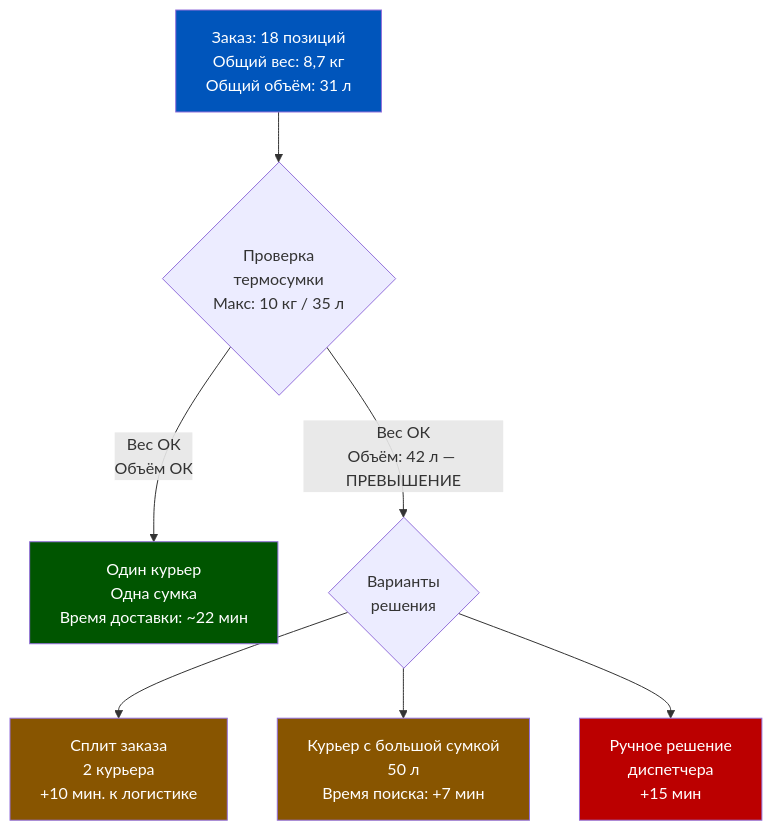
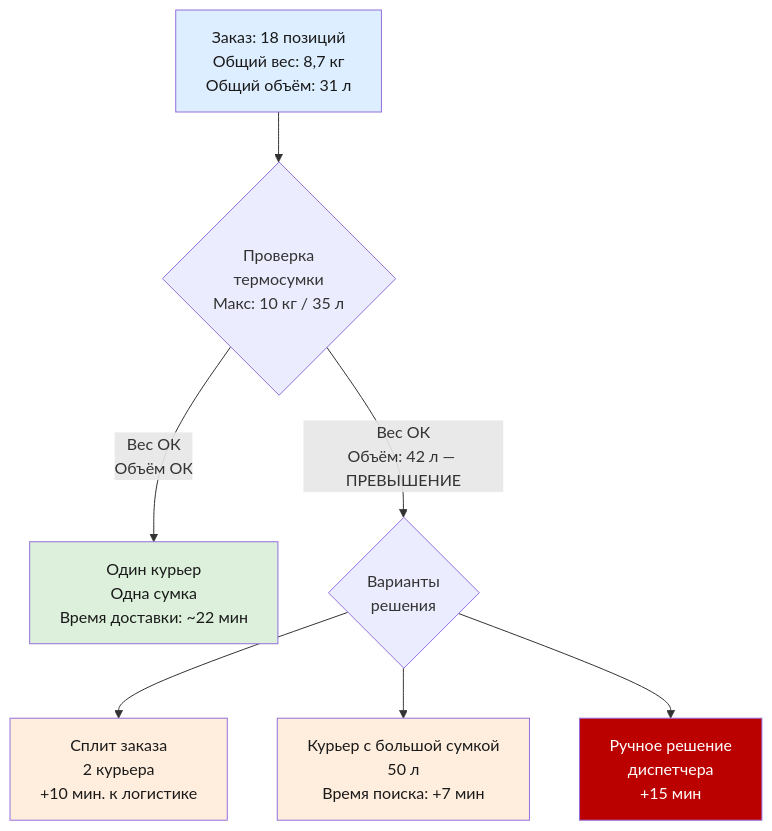
The eighth of 9 diagrams in content/1c-erp/week_4/Неделя 4 - День 5 - Весогабаритные характеристики.md (murad1986/1c-erp-quartz), drawn with Mermaid before and after one commit. The commit also changed other lines of this file and 57 other files, not shown here.

First line of the commit message:
fix: Mermaid — пастельные цвета в источниках диаграмм (56 файлов)

````diff
--- a/content/1c-erp/week_4/Неделя 4 - День 5 - Весогабаритные характеристики.md
+++ b/content/1c-erp/week_4/Неделя 4 - День 5 - Весогабаритные характеристики.md
@@ -382,15 +382,15 @@
 ```mermaid
 graph TD
     A["Заказ: 18 позиций<br/>Общий вес: 8,7 кг<br/>Общий объём: 31 л"] --> B{"Проверка<br/>термосумки<br/>Макс: 10 кг / 35 л"}
     B -- "Вес ОК<br/>Объём ОК" --> C["Один курьер<br/>Одна сумка<br/>Время доставки: ~22 мин"]
     B -- "Вес ОК<br/>Объём: 42 л — ПРЕВЫШЕНИЕ" --> D{"Варианты<br/>решения"}
     D --> E["Сплит заказа<br/>2 курьера<br/>+10 мин. к логистике"]
     D --> F["Курьер с большой сумкой<br/>50 л<br/>Время поиска: +7 мин"]
     D --> G["Ручное решение<br/>диспетчера<br/>+15 мин"]
 
-    style A fill:#0055BB,color:#fff
-    style C fill:#005500,color:#fff
-    style E fill:#885500,color:#fff
-    style F fill:#885500,color:#fff
+    style A fill:#dceeff,color:#1a1a1a
+    style C fill:#dcf0dc,color:#1a1a1a
+    style E fill:#ffeedd,color:#1a1a1a
+    style F fill:#ffeedd,color:#1a1a1a
     style G fill:#BB0000,color:#fff
 ```
````
